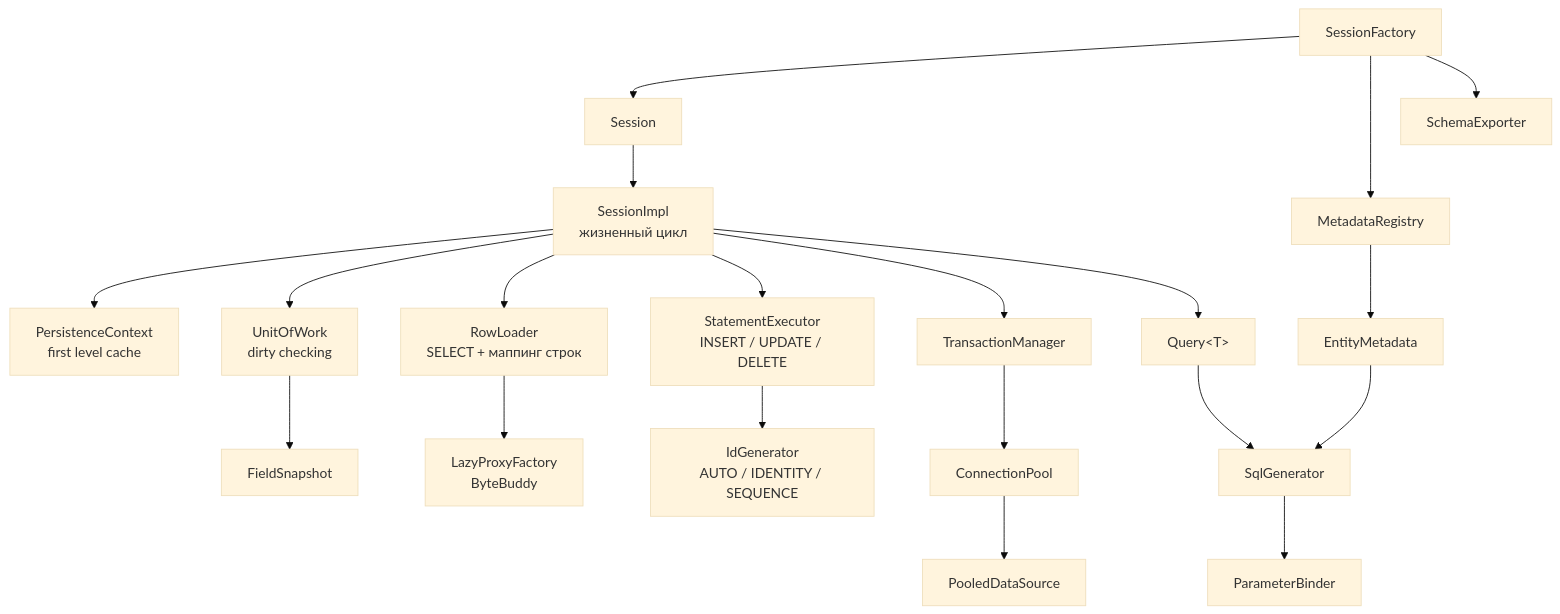
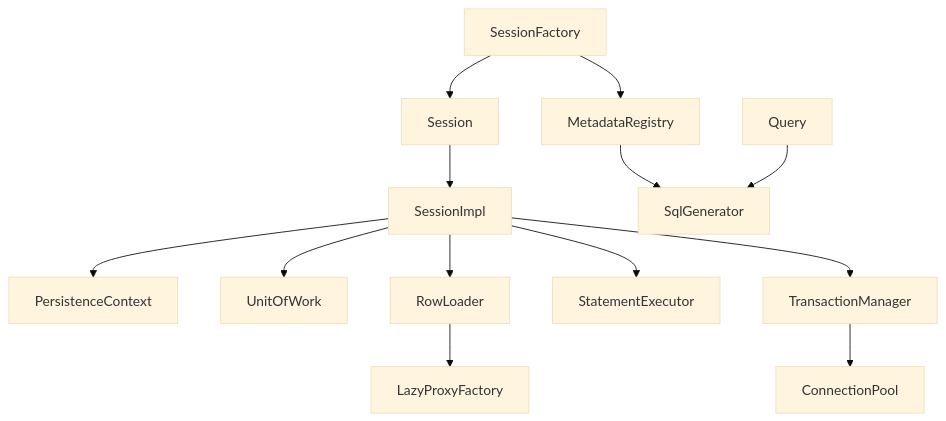
The diagram in README.md (Vivorik/microorm), drawn with Mermaid (base theme) before and after one commit. The commit also changed other lines of this file, not shown here.

````diff
--- a/README.md
+++ b/README.md
@@ -118,20 +60,14 @@
 ```mermaid
 flowchart TB
-    SF["SessionFactory"] --> S["Session"]
-    S --> SI["SessionImpl<br/>жизненный цикл"]
-    SI --> PC["PersistenceContext<br/>first level cache"]
-    SI --> UOW["UnitOfWork<br/>dirty checking"]
-    SI --> RL["RowLoader<br/>SELECT + маппинг строк"]
-    SI --> EX["StatementExecutor<br/>INSERT / UPDATE / DELETE"]
-    SI --> TM["TransactionManager"]
-    SI --> Q["Query&lt;T&gt;"]
-    UOW --> FS["FieldSnapshot"]
-    SF --> MR["MetadataRegistry"]
-    MR --> EM["EntityMetadata"]
-    EM --> SG["SqlGenerator"] --> PB["ParameterBinder"]
-    RL --> LP["LazyProxyFactory<br/>ByteBuddy"]
-    EX --> IDG["IdGenerator<br/>AUTO / IDENTITY / SEQUENCE"]
-    TM --> CP["ConnectionPool"] --> PD["PooledDataSource"]
-    SF --> SE["SchemaExporter"]
-    Q --> SG
+  SF[SessionFactory] --> S[Session]
+  S --> SI[SessionImpl]
+  SI --> PC[PersistenceContext]
+  SI --> UOW[UnitOfWork]
+  SI --> RL[RowLoader]
+  SI --> EX[StatementExecutor]
+  SI --> TM[TransactionManager]
+  SF --> MR[MetadataRegistry] --> SG[SqlGenerator]
+  Q[Query] --> SG
+  RL --> LP[LazyProxyFactory]
+  TM --> CP[ConnectionPool]
 ```
````
